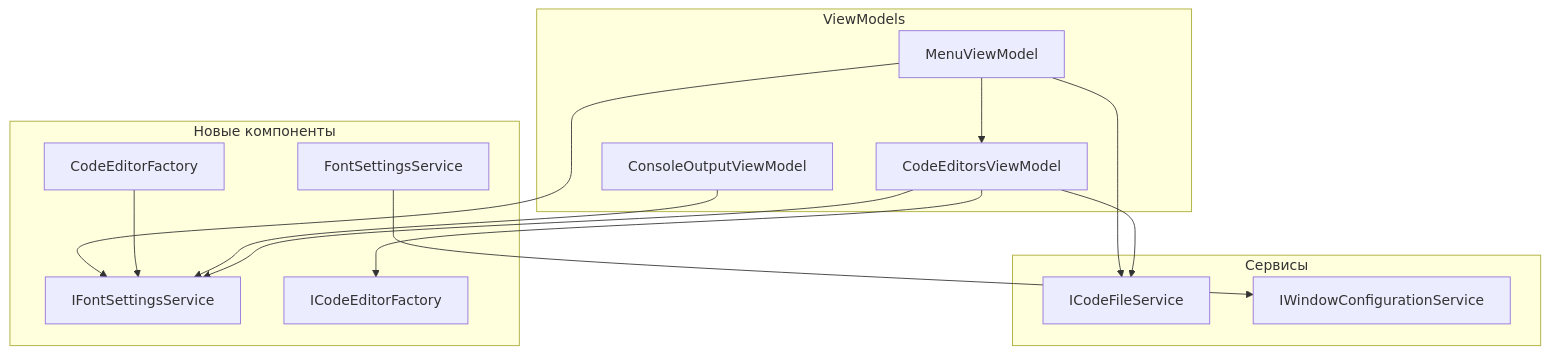
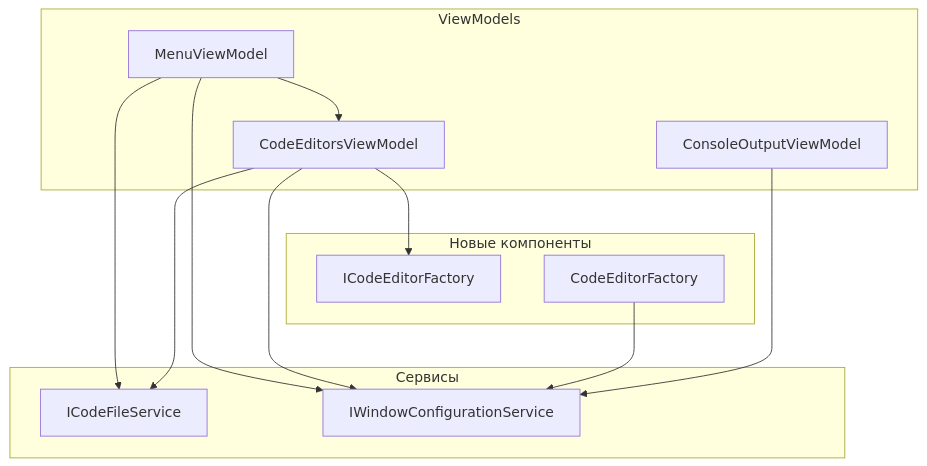
The diagram in .cursor/plans/рефакторинг_menuviewmodel_и_codeeditorsviewmodel_566ed3e5.plan.md (SergeyCherevan/KID), drawn with Mermaid before and after one commit. The commit also changed other lines of this file and 10 other files, not shown here.

Commit message:
refactor: extend IWindowConfigurationService to manage font settings and update related view models for font changes

````diff
--- a/.cursor/plans/рефакторинг_menuviewmodel_и_codeeditorsviewmodel_566ed3e5.plan.md
+++ b/.cursor/plans/рефакторинг_menuviewmodel_и_codeeditorsviewmodel_566ed3e5.plan.md
@@ -54,30 +54,27 @@
 ```mermaid
 flowchart TB
     subgraph new [Новые компоненты]
-        IFontSettingsService[IFontSettingsService]
-        FontSettingsService[FontSettingsService]
         ICodeEditorFactory[ICodeEditorFactory]
         CodeEditorFactory[CodeEditorFactory]
     end
 
     subgraph viewmodels [ViewModels]
         MenuViewModel[MenuViewModel]
         CodeEditorsViewModel[CodeEditorsViewModel]
         ConsoleOutputViewModel[ConsoleOutputViewModel]
     end
 
     subgraph services [Сервисы]
         ICodeFileService[ICodeFileService]
         IWindowConfigurationService[IWindowConfigurationService]
     end
 
-    MenuViewModel --> IFontSettingsService
+    MenuViewModel --> IWindowConfigurationService
     MenuViewModel --> ICodeFileService
     MenuViewModel --> CodeEditorsViewModel
     CodeEditorsViewModel --> ICodeEditorFactory
     CodeEditorsViewModel --> ICodeFileService
-    FontSettingsService --> IWindowConfigurationService
-    CodeEditorFactory --> IFontSettingsService
-    ConsoleOutputViewModel --> IFontSettingsService
-    CodeEditorsViewModel --> IFontSettingsService
+    CodeEditorsViewModel --> IWindowConfigurationService
+    CodeEditorFactory --> IWindowConfigurationService
+    ConsoleOutputViewModel --> IWindowConfigurationService
 ```
````
